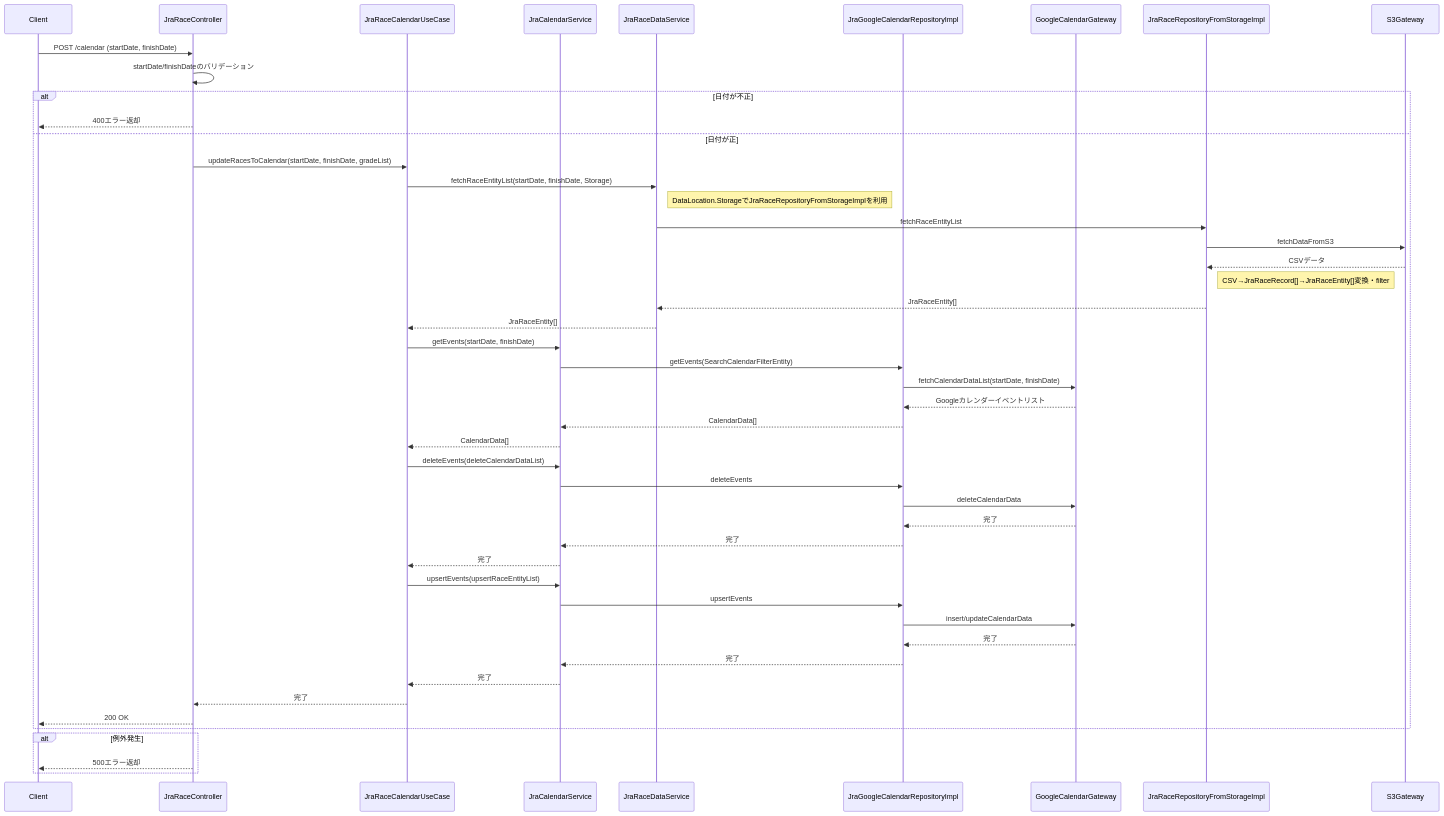
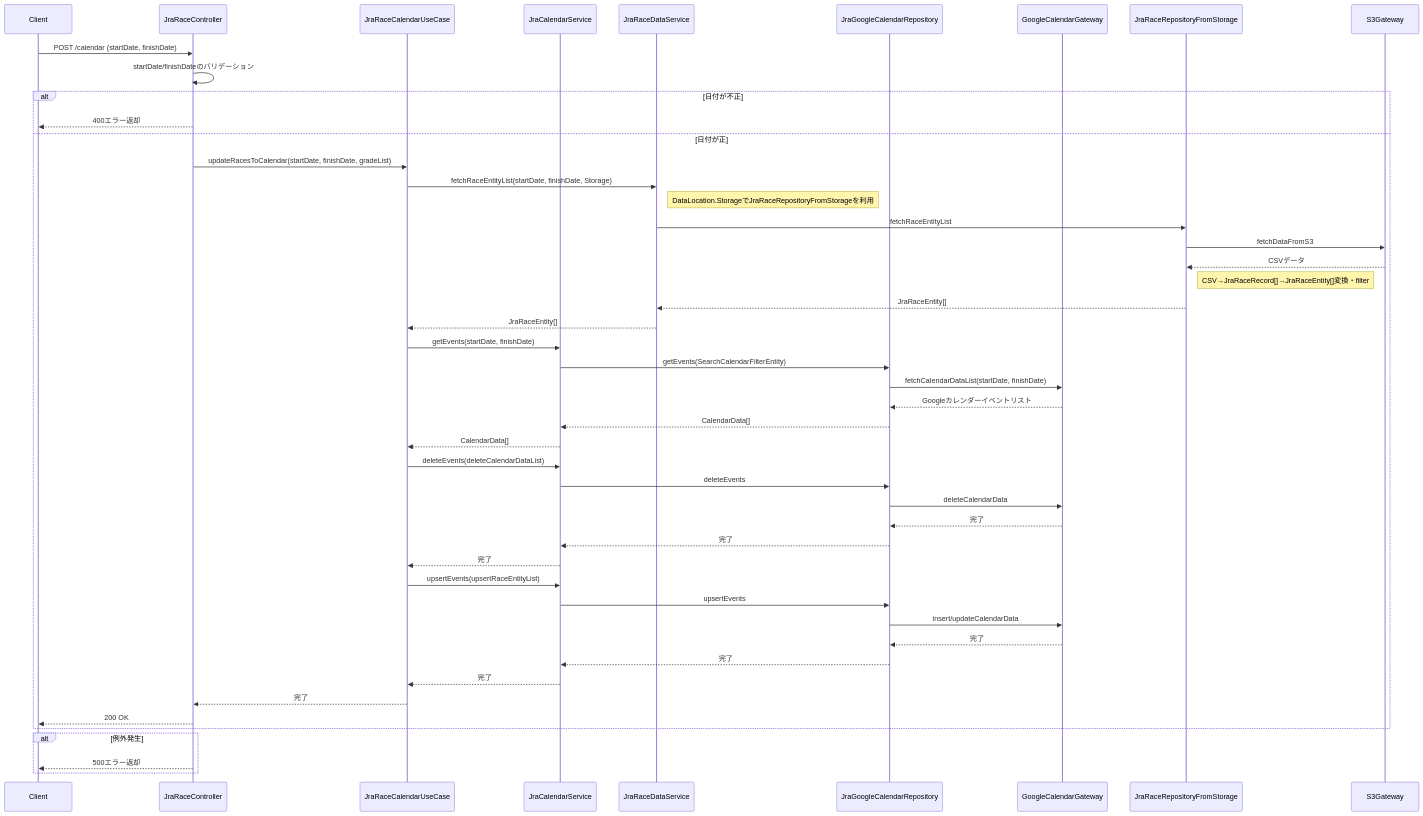
Before and after one commit to taichi6930/race-schedule-api: the diagram in document/detail-design/sequence/jra/updateRacesToCalendar.md, drawn with Mermaid. The commit also changed 89 other files, not shown here.

````diff
--- a/document/detail-design/sequence/jra/updateRacesToCalendar.md
+++ b/document/detail-design/sequence/jra/updateRacesToCalendar.md
@@ -3,49 +3,49 @@
 ```mermaid
 sequenceDiagram
     participant Client
     participant JraRaceController
     participant JraRaceCalendarUseCase
     participant JraCalendarService
     participant JraRaceDataService
-    participant JraGoogleCalendarRepositoryImpl
+    participant JraGoogleCalendarRepository
     participant GoogleCalendarGateway
 
     Client->>JraRaceController: POST /calendar (startDate, finishDate)
     JraRaceController->>JraRaceController: startDate/finishDateのバリデーション
     alt 日付が不正
         JraRaceController-->>Client: 400エラー返却
     else 日付が正
         JraRaceController->>JraRaceCalendarUseCase: updateRacesToCalendar(startDate, finishDate, gradeList)
         JraRaceCalendarUseCase->>JraRaceDataService: fetchRaceEntityList(startDate, finishDate, Storage)
-        note right of JraRaceDataService: DataLocation.StorageでJraRaceRepositoryFromStorageImplを利用
-        JraRaceDataService->>JraRaceRepositoryFromStorageImpl: fetchRaceEntityList
-        JraRaceRepositoryFromStorageImpl->>S3Gateway: fetchDataFromS3
-        S3Gateway-->>JraRaceRepositoryFromStorageImpl: CSVデータ
-        note right of JraRaceRepositoryFromStorageImpl: CSV→JraRaceRecord[]→JraRaceEntity[]変換・filter
-        JraRaceRepositoryFromStorageImpl-->>JraRaceDataService: JraRaceEntity[]
+        note right of JraRaceDataService: DataLocation.StorageでJraRaceRepositoryFromStorageを利用
+        JraRaceDataService->>JraRaceRepositoryFromStorage: fetchRaceEntityList
+        JraRaceRepositoryFromStorage->>S3Gateway: fetchDataFromS3
+        S3Gateway-->>JraRaceRepositoryFromStorage: CSVデータ
+        note right of JraRaceRepositoryFromStorage: CSV→JraRaceRecord[]→JraRaceEntity[]変換・filter
+        JraRaceRepositoryFromStorage-->>JraRaceDataService: JraRaceEntity[]
         JraRaceDataService-->>JraRaceCalendarUseCase: JraRaceEntity[]
         JraRaceCalendarUseCase->>JraCalendarService: getEvents(startDate, finishDate)
-        JraCalendarService->>JraGoogleCalendarRepositoryImpl: getEvents(SearchCalendarFilterEntity)
-        JraGoogleCalendarRepositoryImpl->>GoogleCalendarGateway: fetchCalendarDataList(startDate, finishDate)
-        GoogleCalendarGateway-->>JraGoogleCalendarRepositoryImpl: Googleカレンダーイベントリスト
-        JraGoogleCalendarRepositoryImpl-->>JraCalendarService: CalendarData[]
+        JraCalendarService->>JraGoogleCalendarRepository: getEvents(SearchCalendarFilterEntity)
+        JraGoogleCalendarRepository->>GoogleCalendarGateway: fetchCalendarDataList(startDate, finishDate)
+        GoogleCalendarGateway-->>JraGoogleCalendarRepository: Googleカレンダーイベントリスト
+        JraGoogleCalendarRepository-->>JraCalendarService: CalendarData[]
         JraCalendarService-->>JraRaceCalendarUseCase: CalendarData[]
         JraRaceCalendarUseCase->>JraCalendarService: deleteEvents(deleteCalendarDataList)
-        JraCalendarService->>JraGoogleCalendarRepositoryImpl: deleteEvents
-        JraGoogleCalendarRepositoryImpl->>GoogleCalendarGateway: deleteCalendarData
-        GoogleCalendarGateway-->>JraGoogleCalendarRepositoryImpl: 完了
-        JraGoogleCalendarRepositoryImpl-->>JraCalendarService: 完了
+        JraCalendarService->>JraGoogleCalendarRepository: deleteEvents
+        JraGoogleCalendarRepository->>GoogleCalendarGateway: deleteCalendarData
+        GoogleCalendarGateway-->>JraGoogleCalendarRepository: 完了
+        JraGoogleCalendarRepository-->>JraCalendarService: 完了
         JraCalendarService-->>JraRaceCalendarUseCase: 完了
         JraRaceCalendarUseCase->>JraCalendarService: upsertEvents(upsertRaceEntityList)
-        JraCalendarService->>JraGoogleCalendarRepositoryImpl: upsertEvents
-        JraGoogleCalendarRepositoryImpl->>GoogleCalendarGateway: insert/updateCalendarData
-        GoogleCalendarGateway-->>JraGoogleCalendarRepositoryImpl: 完了
-        JraGoogleCalendarRepositoryImpl-->>JraCalendarService: 完了
+        JraCalendarService->>JraGoogleCalendarRepository: upsertEvents
+        JraGoogleCalendarRepository->>GoogleCalendarGateway: insert/updateCalendarData
+        GoogleCalendarGateway-->>JraGoogleCalendarRepository: 完了
+        JraGoogleCalendarRepository-->>JraCalendarService: 完了
         JraCalendarService-->>JraRaceCalendarUseCase: 完了
         JraRaceCalendarUseCase-->>JraRaceController: 完了
         JraRaceController-->>Client: 200 OK
     end
     alt 例外発生
         JraRaceController-->>Client: 500エラー返却
     end
 ```
````
